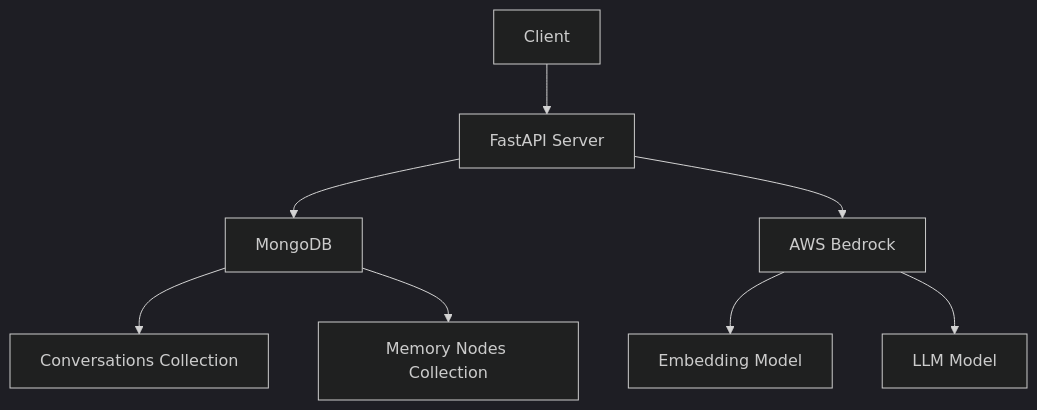
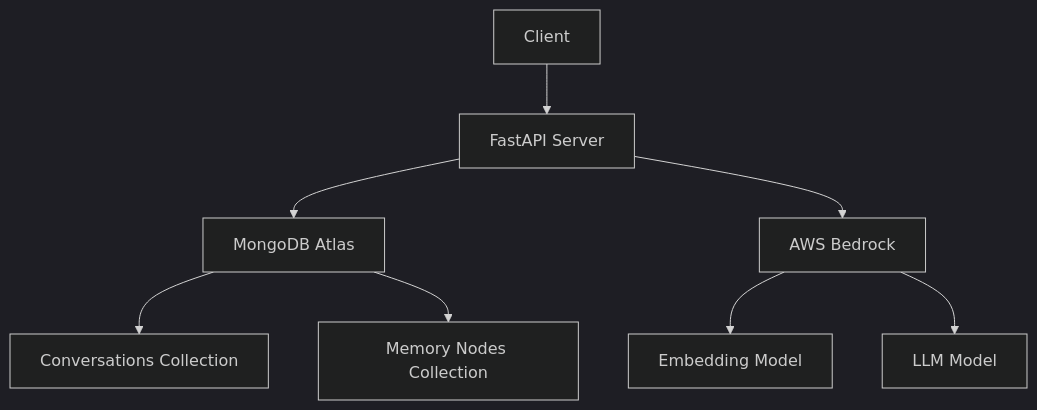
The diagram in MAAP-Temporal/ai-memory/README.md (mohammaddaoudfarooqi/maap-temporal-qs), drawn with Mermaid (dark theme) before and after one commit. The commit also changed other lines of this file, not shown here.

````diff
--- a/MAAP-Temporal/ai-memory/README.md
+++ b/MAAP-Temporal/ai-memory/README.md
@@ -30,10 +30,10 @@
 ```mermaid
 graph TD
     A[Client] --> B[FastAPI Server]
-    B --> C[MongoDB]
+    B --> C[MongoDB Atlas]
     B --> D[AWS Bedrock]
     C --> E[Conversations Collection]
     C --> F[Memory Nodes Collection]
     D --> G[Embedding Model]
     D --> H[LLM Model]
 ```
````
